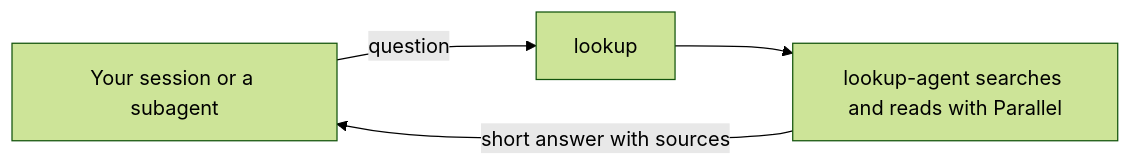
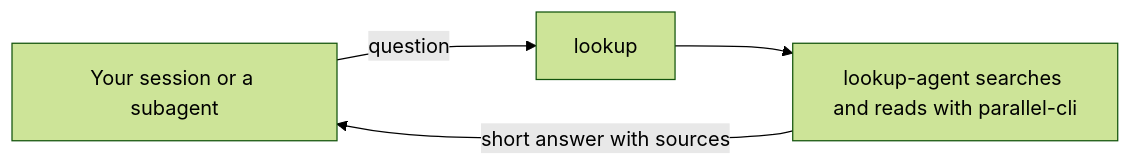
Before and after one commit to tdarenkov/parallel-kit: the second of 3 diagrams in README.md, drawn with Mermaid (forest theme). The commit also changed other lines of this file and 6 other files, not shown here.

````diff
--- a/README.md
+++ b/README.md
@@ -68,6 +67,6 @@
 ```mermaid
 flowchart LR
     C[Your session or a subagent] -->|question| L[lookup]
-    L --> A[lookup-agent searches and reads with Parallel]
+    L --> A[lookup-agent searches and reads with parallel-cli]
     A -->|short answer with sources| C
 ```
````
